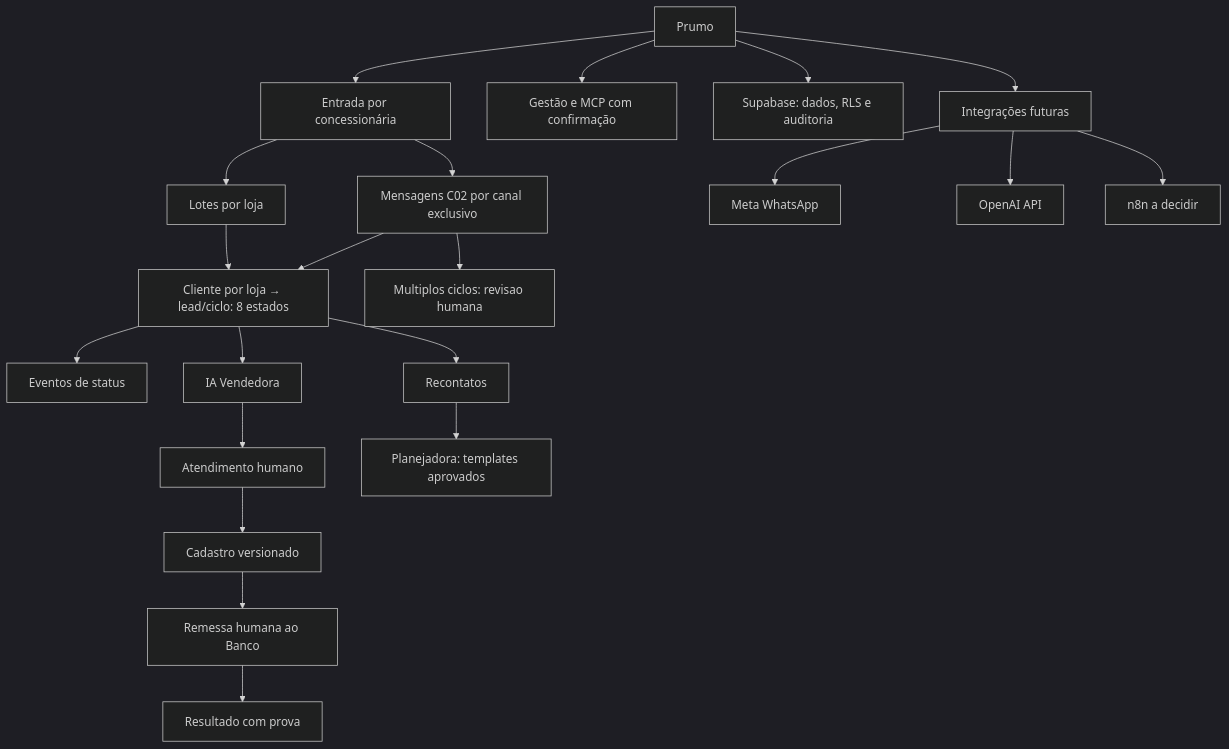
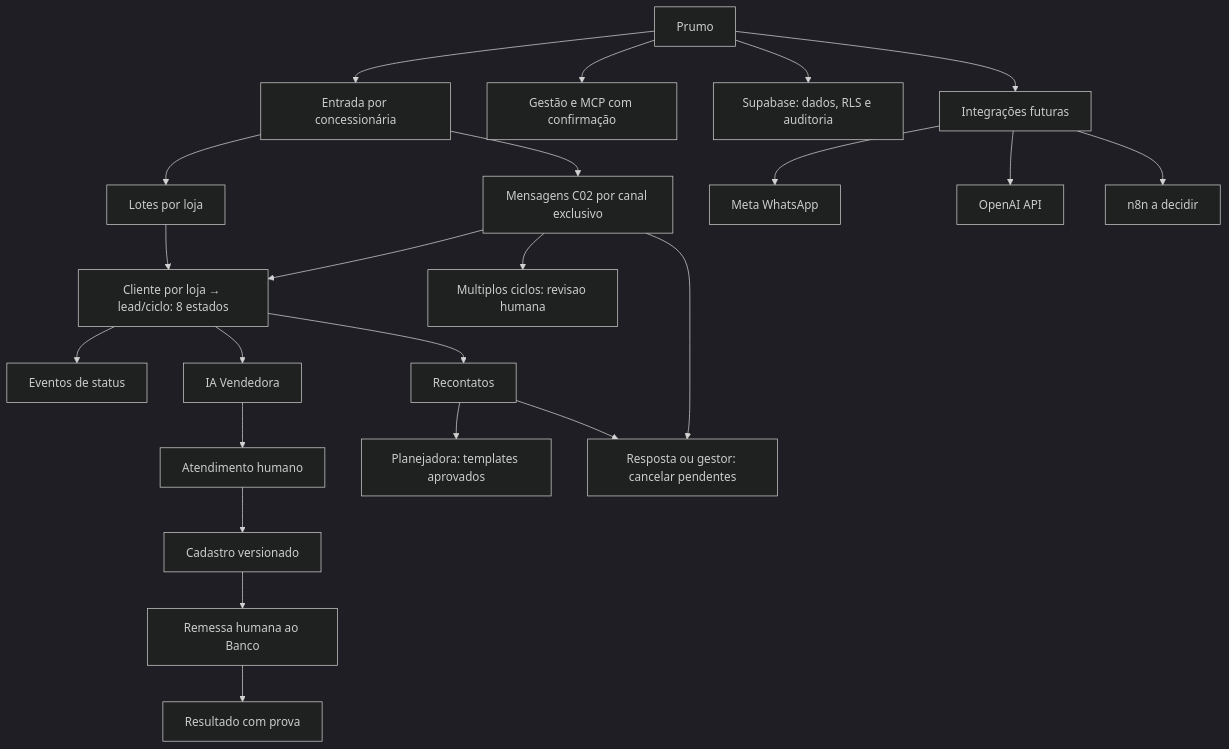
One commit to prumogrowth/Prumo-Growth-Platform-V2 changed the diagram in docs/MAPA_MENTAL.md. Above: the diagram before and after it, drawn with Mermaid (dark theme). The commit also changed other lines of this file, not shown here.

Commit message:
docs(recontato): alinhar mapa, README, C02 e aceite com C05/C08 sintéticos

````diff
--- a/docs/MAPA_MENTAL.md
+++ b/docs/MAPA_MENTAL.md
@@ -3,23 +3,25 @@
 ```mermaid
 flowchart TD
   P[Prumo] --> E[Entrada por concessionária]
   E --> IMP[Lotes por loja]
   E --> INB[Mensagens C02 por canal exclusivo]
   INB --> L
   INB --> PEND[Multiplos ciclos: revisao humana]
   IMP --> L[Cliente por loja → lead/ciclo: 8 estados]
   L --> EV[Eventos de status]
   L --> IA[IA Vendedora]
   IA --> H[Atendimento humano]
   H --> CAD[Cadastro versionado]
   CAD --> BAN[Remessa humana ao Banco]
   BAN --> RES[Resultado com prova]
   L --> REC[Recontatos]
   REC --> PLA[Planejadora: templates aprovados]
+  REC --> CAN[Resposta ou gestor: cancelar pendentes]
+  INB --> CAN
   P --> ADM[Gestão e MCP com confirmação]
   P --> DB[Supabase: dados, RLS e auditoria]
   P --> INT[Integrações futuras]
   INT --> WA[Meta WhatsApp]
   INT --> OAI[OpenAI API]
   INT --> N[n8n a decidir]
 ```
````
